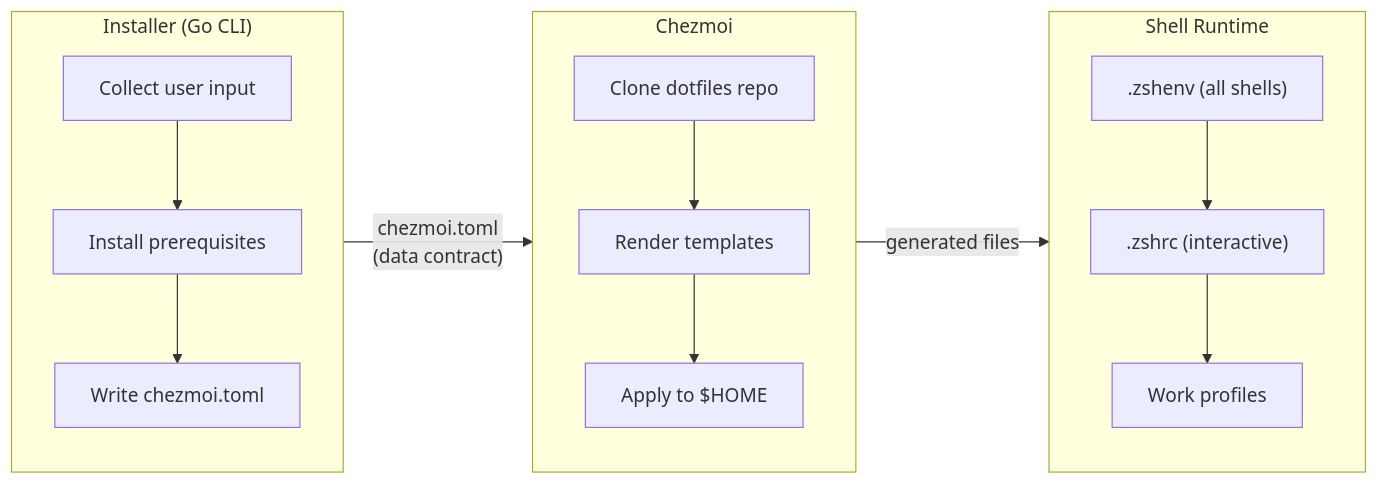
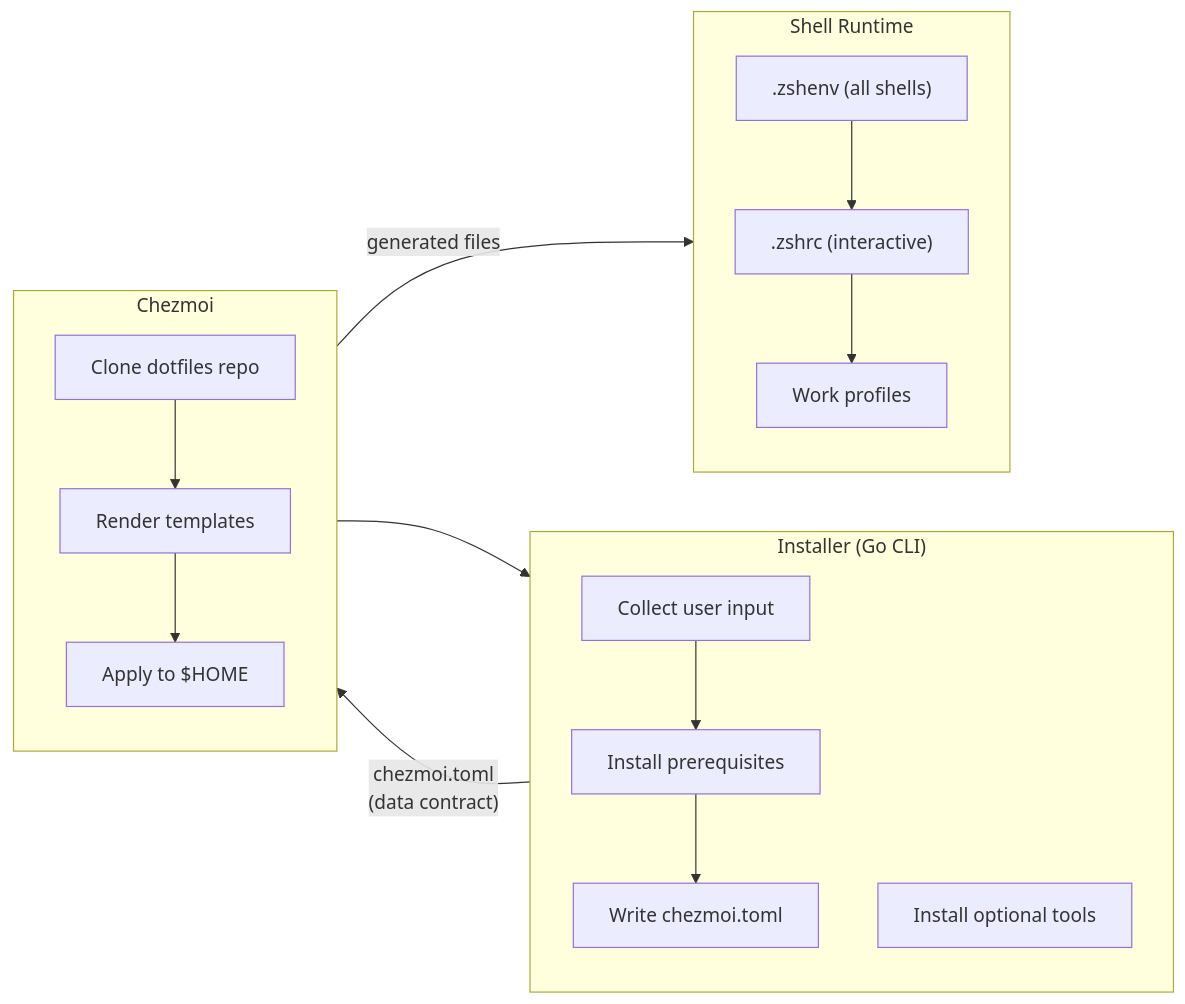
Before and after one commit to MrPointer/dotfiles: the diagram in docs/architecture.md, drawn with Mermaid. The commit also changed other lines of this file and 44 other files, not shown here.

First line of the commit message:
Add optional tools installation step (#21)

````diff
--- a/docs/architecture.md
+++ b/docs/architecture.md
@@ -70,30 +70,32 @@
 ```mermaid
 flowchart LR
     subgraph installer ["Installer (Go CLI)"]
         direction TB
         I1[Collect user input]
         I2[Install prerequisites]
         I3[Write chezmoi.toml]
+        I4[Install optional tools]
     end
 
     subgraph chezmoi ["Chezmoi"]
         direction TB
         C1["Clone dotfiles repo"]
         C2["Render templates"]
         C3["Apply to $HOME"]
     end
 
     subgraph runtime ["Shell Runtime"]
         direction TB
         R1[".zshenv (all shells)"]
         R2[".zshrc (interactive)"]
         R3["Work profiles"]
     end
 
     I1 --> I2 --> I3
     I3 -- "chezmoi.toml\n(data contract)" --> C1
     C1 --> C2 --> C3
     C3 -- "generated files" --> R1
+    C3 --> I4
     R1 --> R2
     R2 --> R3
 ```
````
